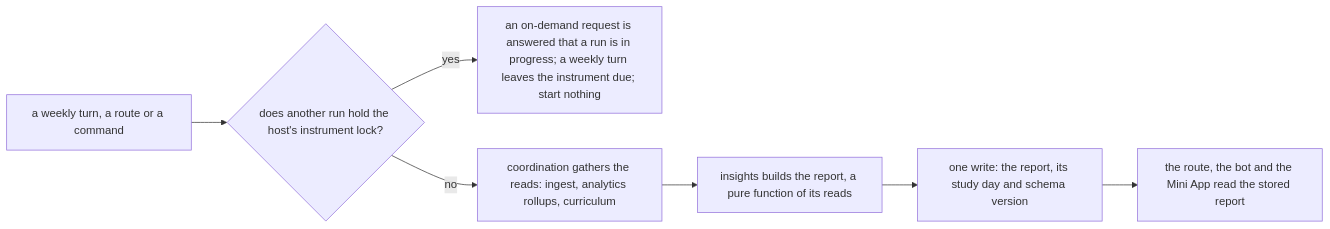
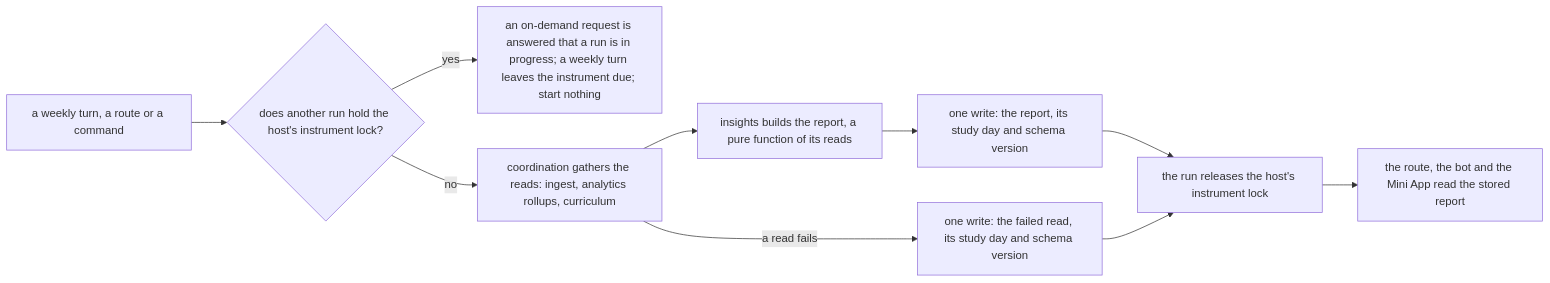
One commit to RexRenatus/deck-streak changed the second of 3 diagrams in docs/schematics/insights-instrument-frame.md. Above: the diagram before and after it, drawn with Mermaid. The commit also changed 10 other files, not shown here.

````diff
--- a/docs/schematics/insights-instrument-frame.md
+++ b/docs/schematics/insights-instrument-frame.md
@@ -32,9 +32,12 @@
 ```mermaid
 flowchart LR
   ask["a weekly turn, a route or a command"] --> busy{"does another run hold the host's instrument lock?"}
   busy -- "yes" --> refuse["an on-demand request is answered that a run is in progress; a weekly turn leaves the instrument due; start nothing"]
   busy -- "no" --> reads["coordination gathers the reads: ingest, analytics rollups, curriculum"]
   reads --> build["insights builds the report, a pure function of its reads"]
+  reads -- "a read fails" --> failed["one write: the failed read, its study day and schema version"]
   build --> write["one write: the report, its study day and schema version"]
-  write --> serve["the route, the bot and the Mini App read the stored report"]
+  write --> release["the run releases the host's instrument lock"]
+  failed --> release
+  release --> serve["the route, the bot and the Mini App read the stored report"]
 ```
````
